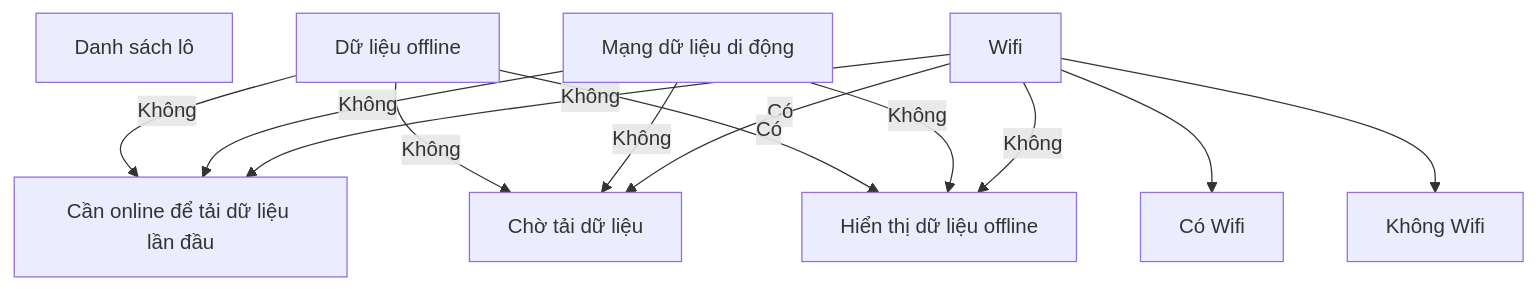
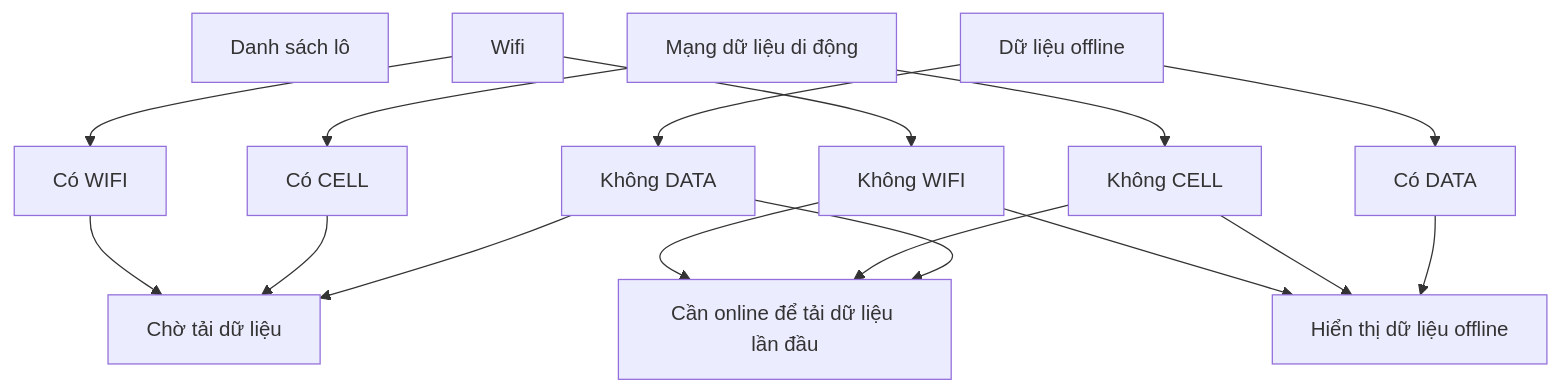
The diagram in docs/batches-flow.md (trethanhphat/tre-thanh-phat-pwa-docs), drawn with Mermaid before and after one commit.

````diff
--- a/docs/batches-flow.md
+++ b/docs/batches-flow.md
@@ -1,32 +1,41 @@
 ```mermaid
 flowchart TD
 A["Danh sách lô"]
 CELL["Mạng dữ liệu di động"]
+
+CELL --> CELL-Y["Có CELL"]
+CELL --> CELL-N["Không CELL"]
+
 WIFI["Wifi"]
+
+WIFI --> WIFI-Y["Có WIFI"]
+WIFI --> WIFI-N["Không WIFI"]
+
 DATA["Dữ liệu offline"]
 
+DATA --> DATA-Y["Có DATA"]
+DATA --> DATA-N["Không DATA"]
 
-WIFI --> WIFI-Y["Có Wifi"]
-WIFI --> WIFI-N["Không Wifi"]
 
-E["Cần online để tải dữ liệu lần đầu"]
 
-WIFI --> |"Không"| E
-CELL --> |"Không"| E
-DATA --> |"Không"| E
+EMPTY["Cần online để tải dữ liệu lần đầu"]
+
+WIFI-N --> EMPTY
+CELL-N --> EMPTY
+DATA-N --> EMPTY
 
 WAIT["Chờ tải dữ liệu"]
 
-WIFI --> |"Có"| WAIT
-CELL --> |"Không"| WAIT
-DATA --> |"Không"| WAIT
+WIFI-Y --> WAIT
+CELL-Y --> WAIT
+DATA-N --> WAIT
 
 
 OFFLINE["Hiển thị dữ liệu offline"]
 
-WIFI --> |"Không"| OFFLINE
-CELL --> |"Không"| OFFLINE
-DATA --> |"Có"| OFFLINE
+WIFI-N --> OFFLINE
+CELL-N --> OFFLINE
+DATA-Y --> OFFLINE
 
 
 ```
````
